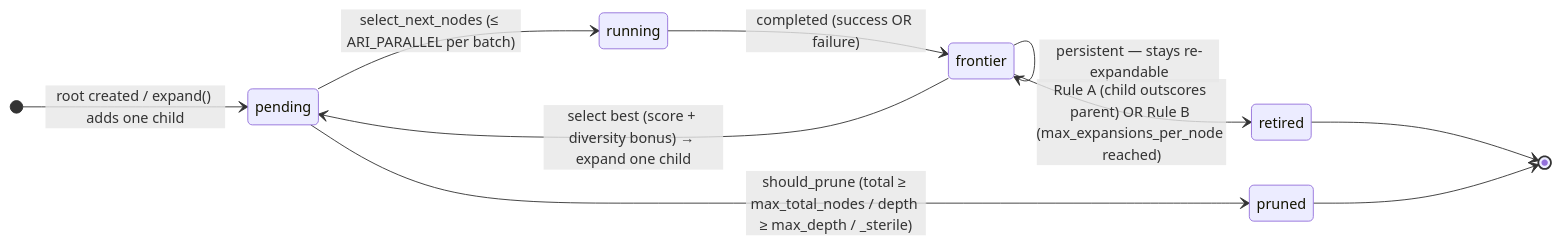
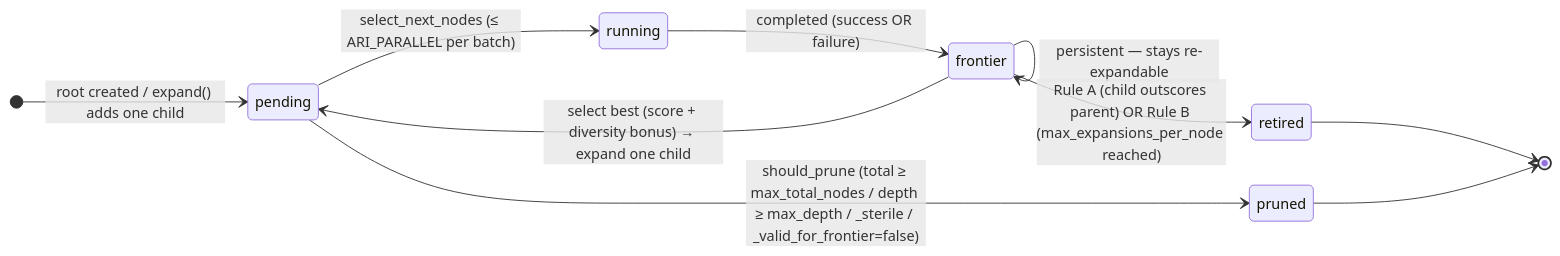
The diagram in docs/concepts/bfts.md (kotama7/ARI), drawn with Mermaid before and after one commit. The commit also changed other lines of this file and 381 other files, not shown here.

````diff
--- a/docs/concepts/bfts.md
+++ b/docs/concepts/bfts.md
@@ -26,13 +26,13 @@
 ```mermaid
 stateDiagram-v2
     direction LR
     [*] --> pending: root created / expand() adds one child
     pending --> running: select_next_nodes (≤ ARI_PARALLEL per batch)
     running --> frontier: completed (success OR failure)
     frontier --> frontier: persistent — stays re-expandable
     frontier --> pending: select best (score + diversity bonus) → expand one child
     frontier --> retired: Rule A (child outscores parent) OR Rule B (max_expansions_per_node reached)
-    pending --> pruned: should_prune (total ≥ max_total_nodes / depth ≥ max_depth / _sterile)
+    pending --> pruned: should_prune (total ≥ max_total_nodes / depth ≥ max_depth / _sterile / _valid_for_frontier=false)
     retired --> [*]
     pruned --> [*]
 ```
````
